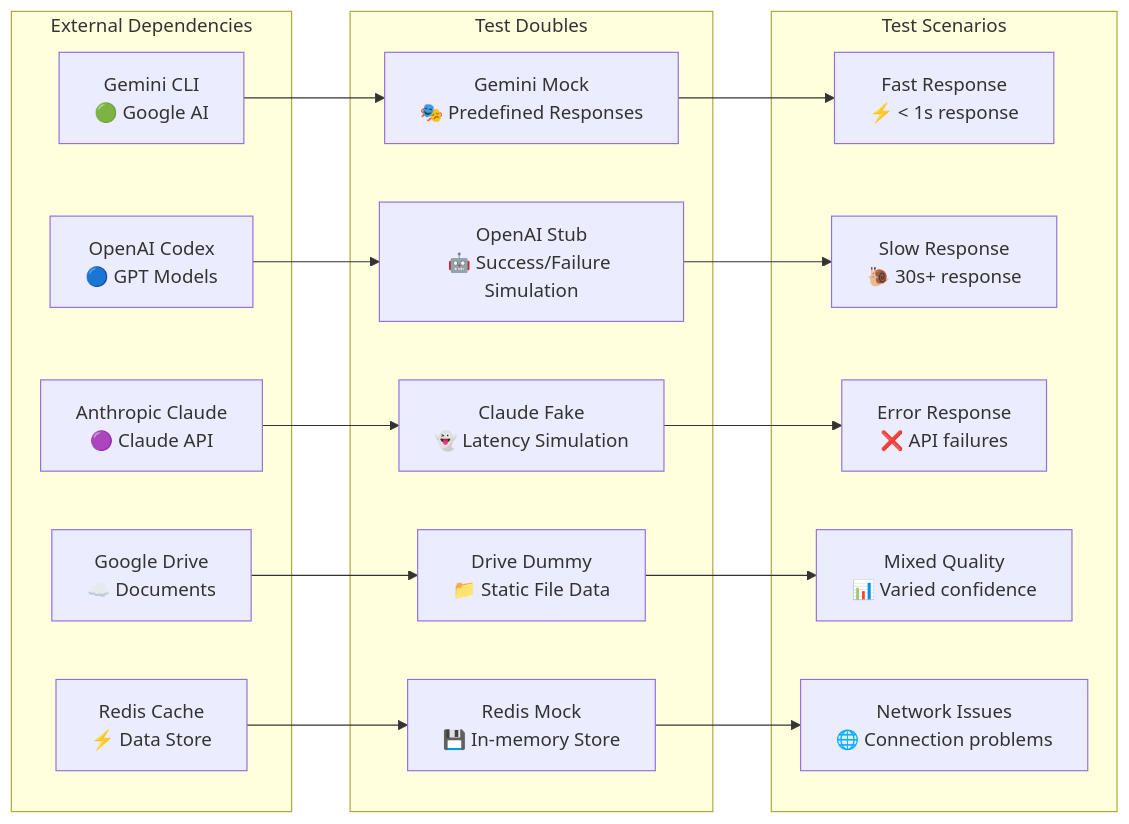
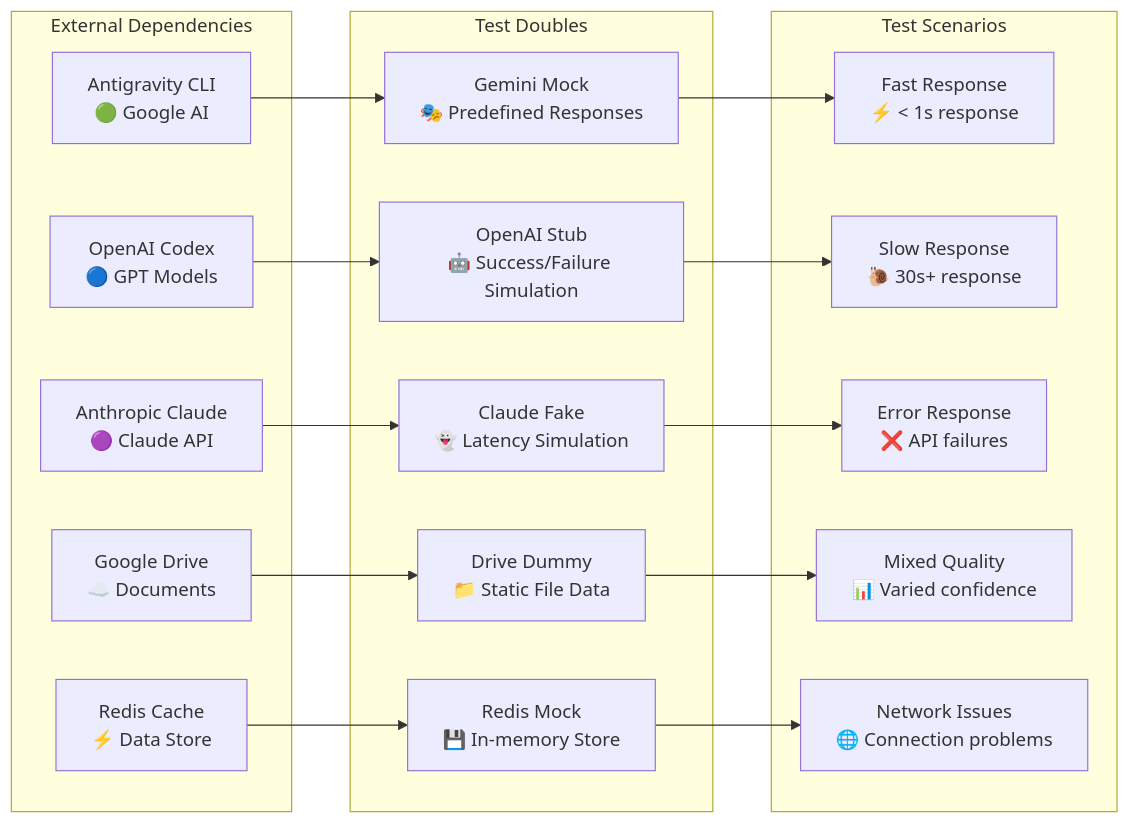
Before and after one commit to wombat2006/techdev: diagram 44 of 54 in docs/BASIC_DESIGN_DETAILED.md, drawn with Mermaid. The commit also changed other lines of this file and 19 other files, not shown here.

First line of the commit message:
docs: Gemini CLI 表記を Antigravity CLI（agy）へ移行

````diff
--- a/docs/BASIC_DESIGN_DETAILED.md
+++ b/docs/BASIC_DESIGN_DETAILED.md
@@ -1635,38 +1635,38 @@
 ```mermaid
 graph LR
     subgraph "External Dependencies"
-        A[Gemini CLI<br/>🟢 Google AI]
+        A[Antigravity CLI<br/>🟢 Google AI]
         B[OpenAI Codex<br/>🔵 GPT Models]
         C[Anthropic Claude<br/>🟣 Claude API]
         D[Google Drive<br/>☁️ Documents]
         E[Redis Cache<br/>⚡ Data Store]
     end
     
     subgraph "Test Doubles"
         F[Gemini Mock<br/>🎭 Predefined Responses]
         G[OpenAI Stub<br/>🤖 Success/Failure Simulation]
         H[Claude Fake<br/>👻 Latency Simulation]
         I[Drive Dummy<br/>📁 Static File Data]
         J[Redis Mock<br/>💾 In-memory Store]
     end
     
     subgraph "Test Scenarios"
         K[Fast Response<br/>⚡ < 1s response]
         L[Slow Response<br/>🐌 30s+ response]
         M[Error Response<br/>❌ API failures]
         N[Mixed Quality<br/>📊 Varied confidence]
         O[Network Issues<br/>🌐 Connection problems]
     end
     
     A --> F
     B --> G
     C --> H
     D --> I
     E --> J
     
     F --> K
     G --> L
     H --> M
     I --> N
     J --> O
 ```
````
